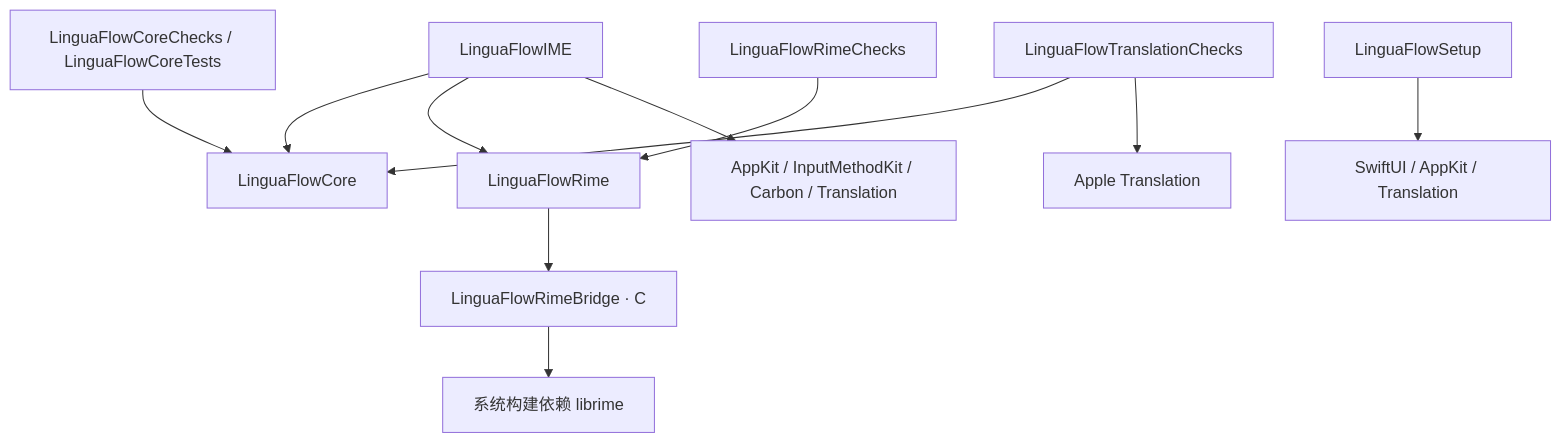
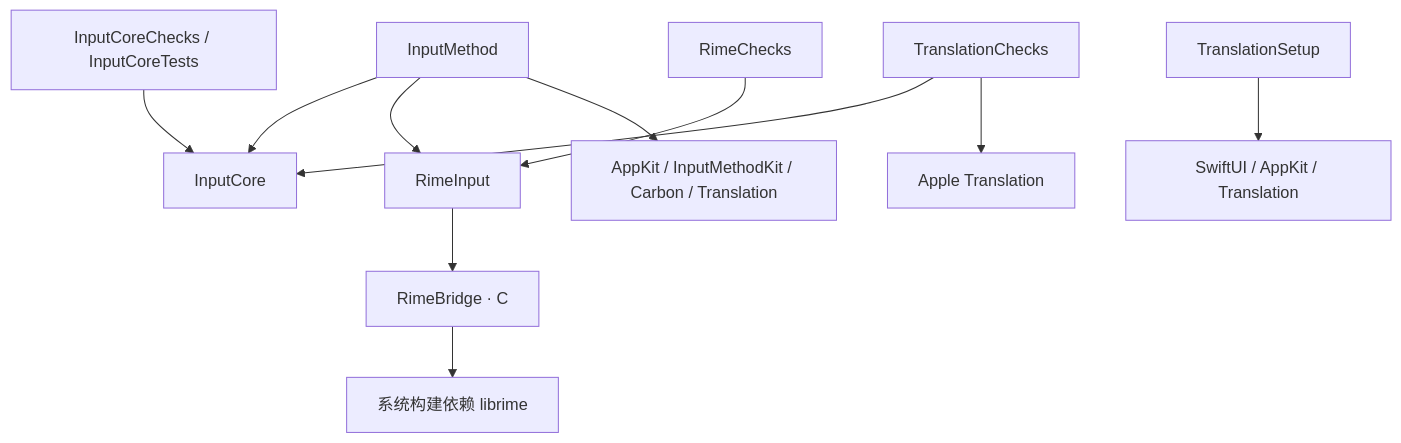
One commit to abandoned678/LinguaFlow changed the first of 2 diagrams in ARCHITECTURE.md. Above: the diagram before and after it, drawn with Mermaid. The commit also changed other lines of this file and 71 other files, not shown here.

````diff
--- a/ARCHITECTURE.md
+++ b/ARCHITECTURE.md
@@ -24,13 +24,13 @@
 ```mermaid
 flowchart TD
-    IME["LinguaFlowIME"] --> Core["LinguaFlowCore"]
-    IME --> Rime["LinguaFlowRime"]
-    Rime --> Bridge["LinguaFlowRimeBridge · C"]
+    IME["InputMethod"] --> Core["InputCore"]
+    IME --> Rime["RimeInput"]
+    Rime --> Bridge["RimeBridge · C"]
     Bridge --> Lib["系统构建依赖 librime"]
     IME --> Apple["AppKit / InputMethodKit / Carbon / Translation"]
-    Setup["LinguaFlowSetup"] --> SetupApple["SwiftUI / AppKit / Translation"]
-    CoreChecks["LinguaFlowCoreChecks / LinguaFlowCoreTests"] --> Core
-    RimeChecks["LinguaFlowRimeChecks"] --> Rime
-    TranslationChecks["LinguaFlowTranslationChecks"] --> Core
+    Setup["TranslationSetup"] --> SetupApple["SwiftUI / AppKit / Translation"]
+    CoreChecks["InputCoreChecks / InputCoreTests"] --> Core
+    RimeChecks["RimeChecks"] --> Rime
+    TranslationChecks["TranslationChecks"] --> Core
     TranslationChecks --> Translation["Apple Translation"]
 ```
````
